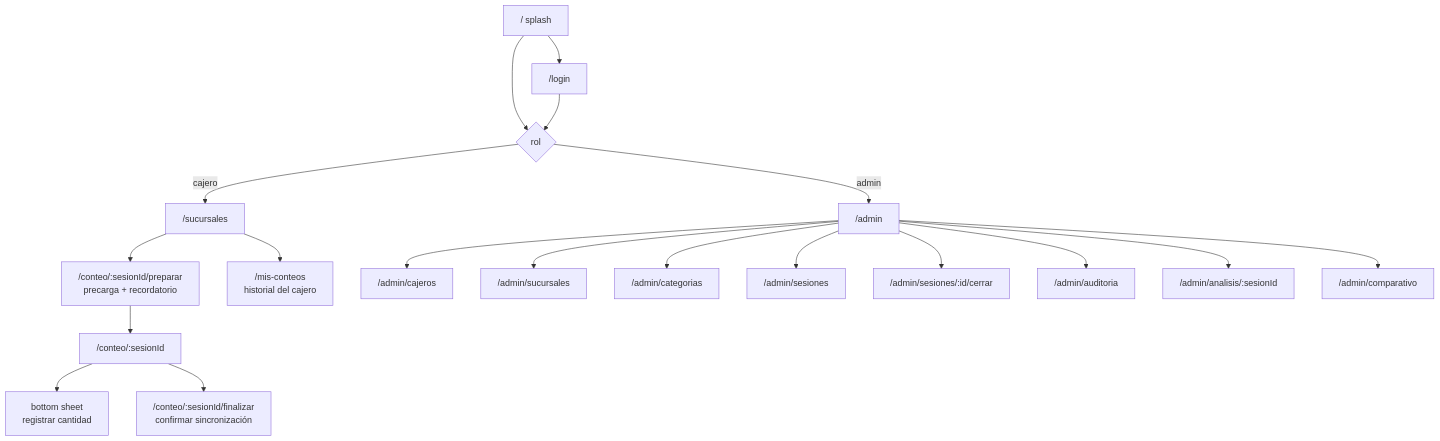
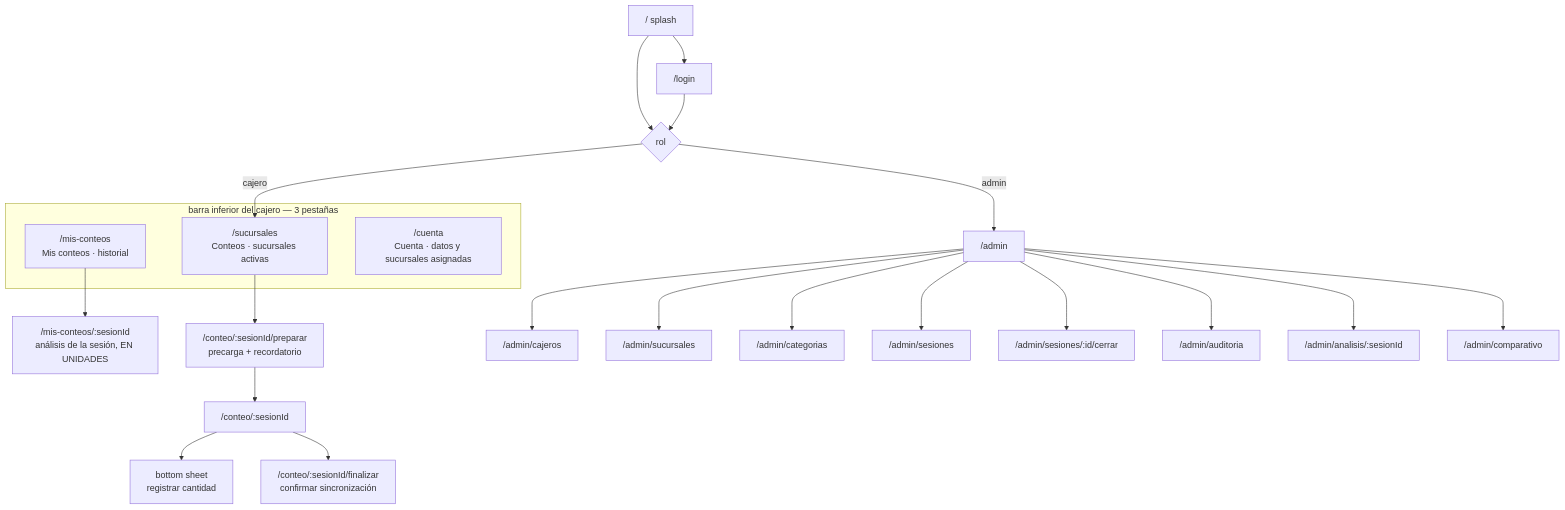
The first of 3 diagrams in docs/diseno/11-ux-y-navegacion.md (jab16jy/inventory-tally), drawn with Mermaid before and after one commit. The commit also changed other lines of this file and 7 other files, not shown here.

First line of the commit message:
feat(web): navega el cajero por pestañas y entra al analisis desde mis conteos

````diff
--- a/docs/diseno/11-ux-y-navegacion.md
+++ b/docs/diseno/11-ux-y-navegacion.md
@@ -35,24 +35,31 @@
 ```mermaid
 flowchart TD
     SPLASH["/ splash"] --> LOGIN["/login"]
     SPLASH --> HOME{"rol"}
     LOGIN --> HOME
 
-    HOME -->|cajero| SUC["/sucursales"]
+    HOME -->|cajero| SUC
     HOME -->|admin| PANEL["/admin"]
 
+    subgraph PESTANAS["barra inferior del cajero — 3 pestañas"]
+        SUC["/sucursales<br/>Conteos · sucursales activas"]
+        MIS["/mis-conteos<br/>Mis conteos · historial"]
+        CTA["/cuenta<br/>Cuenta · datos y sucursales asignadas"]
+    end
+
+    MIS --> ANAC["/mis-conteos/:sesionId<br/>análisis de la sesión, EN UNIDADES"]
+
     SUC --> PREP["/conteo/:sesionId/preparar<br/>precarga + recordatorio"]
-    SUC --> MIS["/mis-conteos<br/>historial del cajero"]
     PREP --> CONTEO["/conteo/:sesionId"]
     CONTEO --> DETALLE["bottom sheet<br/>registrar cantidad"]
     CONTEO --> FIN["/conteo/:sesionId/finalizar<br/>confirmar sincronización"]
 
     PANEL --> USR["/admin/cajeros"]
     PANEL --> SUCA["/admin/sucursales"]
     PANEL --> CAT["/admin/categorias"]
     PANEL --> SES["/admin/sesiones"]
     PANEL --> CIERRE["/admin/sesiones/:id/cerrar"]
     PANEL --> AUD["/admin/auditoria"]
     PANEL --> ANA["/admin/analisis/:sesionId"]
     PANEL --> CMP["/admin/comparativo"]
 ```
````
